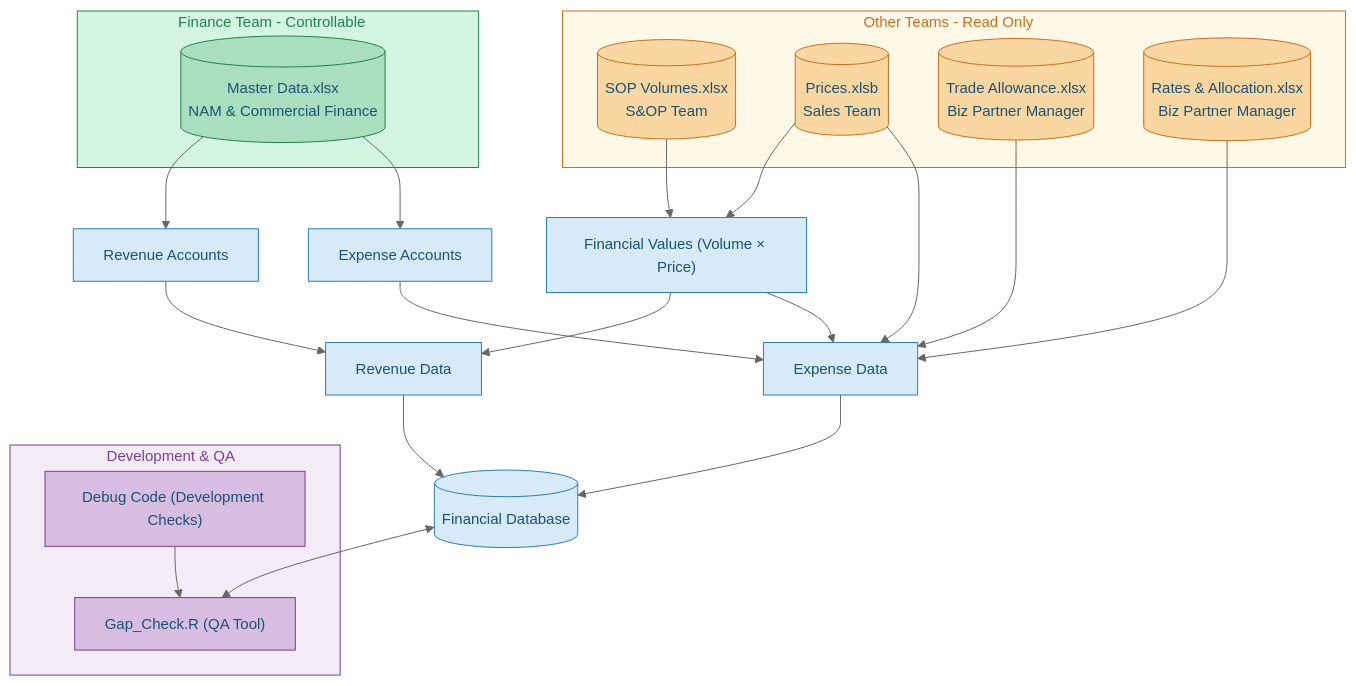
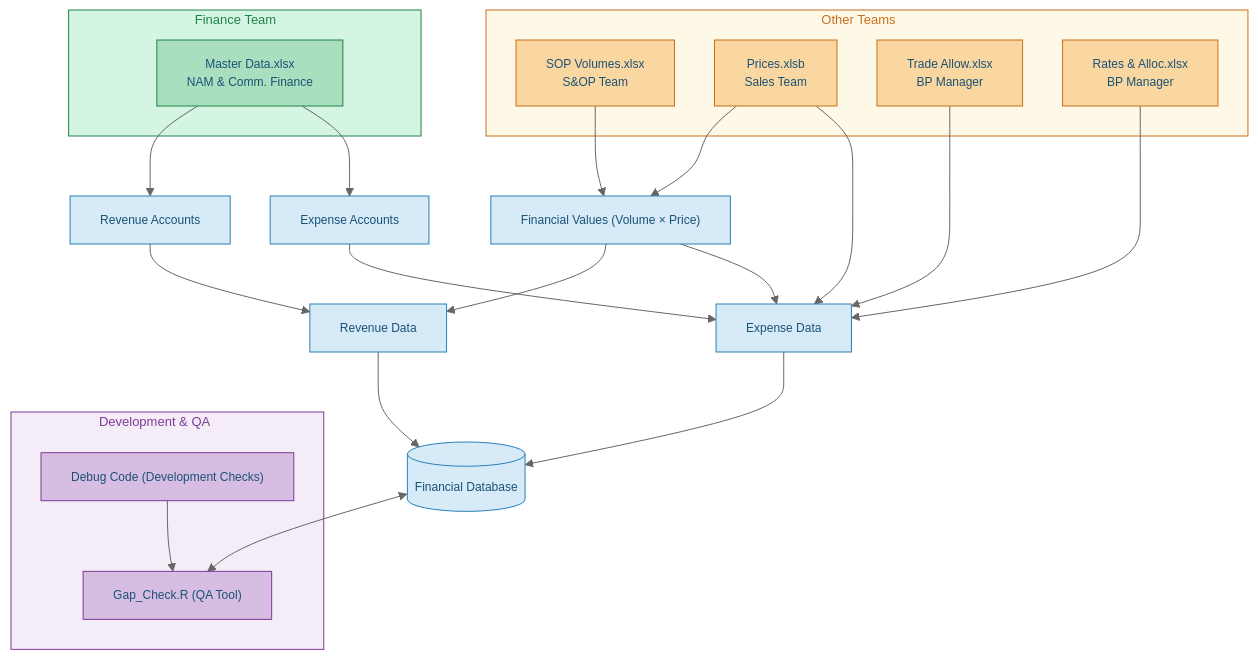
The diagram in ETC5543_Presentation.qmd (Jakey-vn/ETC5543_Project), drawn with Mermaid (neutral theme) before and after one commit. The commit also changed other lines of this file and 4 other files, not shown here.

````diff
--- a/ETC5543_Presentation.qmd
+++ b/ETC5543_Presentation.qmd
@@ -74,52 +84,53 @@
 ```{mermaid}
+%%{init: {'flowchart': {'nodeSpacing': 40, 'rankSpacing': 60}}}%%
 flowchart TD
-    subgraph ext ["Other Teams - Read Only"]
-        A[("SOP Volumes.xlsx<br/>S&OP Team")]
-        B[("Prices.xlsb<br/>Sales Team")]
-        C[("Trade Allowance.xlsx<br/>Biz Partner Manager")]
-        D[("Rates & Allocation.xlsx<br/>Biz Partner Manager")]
+    subgraph ext ["Other Teams"]
+        A["SOP Volumes.xlsx<br/>S&OP Team"]
+        B["Prices.xlsb<br/>Sales Team"]
+        C["Trade Allow.xlsx<br/>BP Manager"]
+        D["Rates & Alloc.xlsx<br/>BP Manager"]
     end
 
-    subgraph fin ["Finance Team - Controllable"]
-        M[("Master Data.xlsx<br/>NAM & Commercial Finance")]
+    subgraph fin ["Finance Team"]
+        M["Master Data.xlsx<br/>NAM & Comm. Finance"]
     end
 
     subgraph dev ["Development & QA"]
         DC["Debug Code (Development Checks)"]
         DC --> G["Gap_Check.R (QA Tool)"]
     end
 
     A  --> FV["Financial Values (Volume × Price)"]
     B  --> FV
     B  --> ED
 
     M  --> RA["Revenue Accounts"]
     M  --> EA["Expense Accounts"]
 
     FV --> RD["Revenue Data"]
     RA --> RD
 
     FV --> ED["Expense Data"]
     EA --> ED
     C  --> ED
     D  --> ED
 
     RD --> DB[("Financial Database")]
     ED --> DB
 
     DB <--> G
 
-    classDef extNode fill:#fad7a0,stroke:#ca6f1e,color:#1a5276,font-size:15px
-    classDef finNode fill:#a9dfbf,stroke:#1e8449,color:#1a5276,font-size:15px
-    classDef devNode fill:#d7bde2,stroke:#7d3c98,color:#1a5276,font-size:15px
-    classDef pipeNode fill:#d6eaf8,stroke:#2980b9,color:#1a5276,font-size:15px
+    classDef extNode fill:#fad7a0,stroke:#ca6f1e,color:#1a5276,font-size:12px
+    classDef finNode fill:#a9dfbf,stroke:#1e8449,color:#1a5276,font-size:12px
+    classDef devNode fill:#d7bde2,stroke:#7d3c98,color:#1a5276,font-size:12px
+    classDef pipeNode fill:#d6eaf8,stroke:#2980b9,color:#1a5276,font-size:12px
 
     class A,B,C,D extNode
     class M finNode
     class DC,G devNode
     class FV,RA,EA,RD,ED,DB pipeNode
 
-    style ext fill:#fef9e7,stroke:#ca6f1e,color:#ca6f1e,font-size:15px
-    style fin fill:#d5f5e3,stroke:#1e8449,color:#1e8449,font-size:15px
-    style dev fill:#f4ecf7,stroke:#7d3c98,color:#7d3c98,font-size:15px
+    style ext fill:#fef9e7,stroke:#ca6f1e,color:#ca6f1e,font-size:13px
+    style fin fill:#d5f5e3,stroke:#1e8449,color:#1e8449,font-size:13px
+    style dev fill:#f4ecf7,stroke:#7d3c98,color:#7d3c98,font-size:13px
 ```
````
